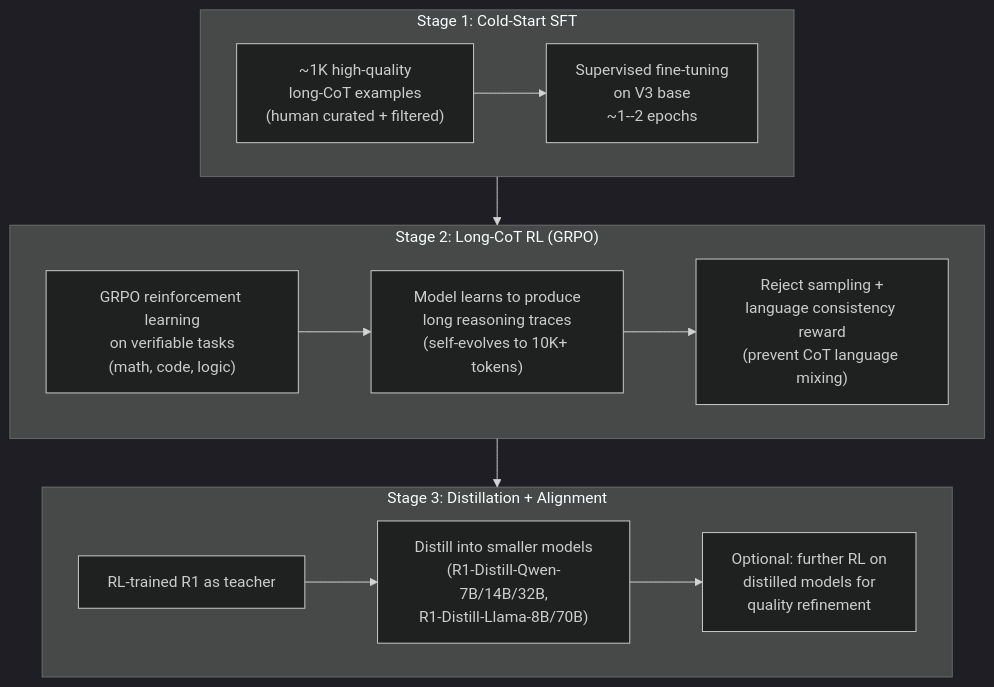
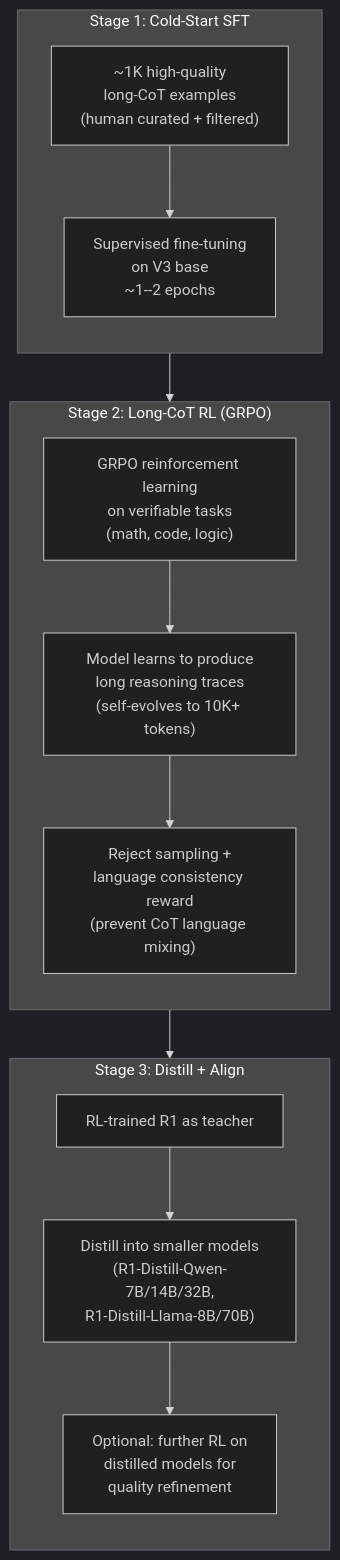
One commit to Wty2003328/ai_infra_intro changed the third of 6 diagrams in ai_infra/L7_Training_Stack/Reasoning_Models.md. Above: the diagram before and after it, drawn with Mermaid (dark theme). The commit also changed 13 other files, not shown here.

````diff
--- a/ai_infra/L7_Training_Stack/Reasoning_Models.md
+++ b/ai_infra/L7_Training_Stack/Reasoning_Models.md
@@ -143,25 +143,25 @@
 ```mermaid
 flowchart TD
     subgraph STAGE1["Stage 1: Cold-Start SFT"]
-        direction LR
+        direction TB
         C1["~1K high-quality<br/>long-CoT examples<br/>(human curated + filtered)"]
         C1 --> SFT1["Supervised fine-tuning<br/>on V3 base<br/>~1--2 epochs"]
     end
 
     subgraph STAGE2["Stage 2: Long-CoT RL (GRPO)"]
-        direction LR
+        direction TB
         RL1["GRPO reinforcement learning<br/>on verifiable tasks<br/>(math, code, logic)"]
         RL1 --> RL2["Model learns to produce<br/>long reasoning traces<br/>(self-evolves to 10K+ tokens)"]
         RL2 --> RL3["Reject sampling +<br/>language consistency reward<br/>(prevent CoT language mixing)"]
     end
 
-    subgraph STAGE3["Stage 3: Distillation + Alignment"]
-        direction LR
+    subgraph STAGE3["Stage 3: Distill + Align"]
+        direction TB
         D1["RL-trained R1 as teacher"]
         D1 --> D2["Distill into smaller models<br/>(R1-Distill-Qwen-7B/14B/32B,<br/>R1-Distill-Llama-8B/70B)"]
         D2 --> D3["Optional: further RL on<br/>distilled models for<br/>quality refinement"]
     end
 
     SFT1 --> RL1
     RL3 --> D1
 ```
````
